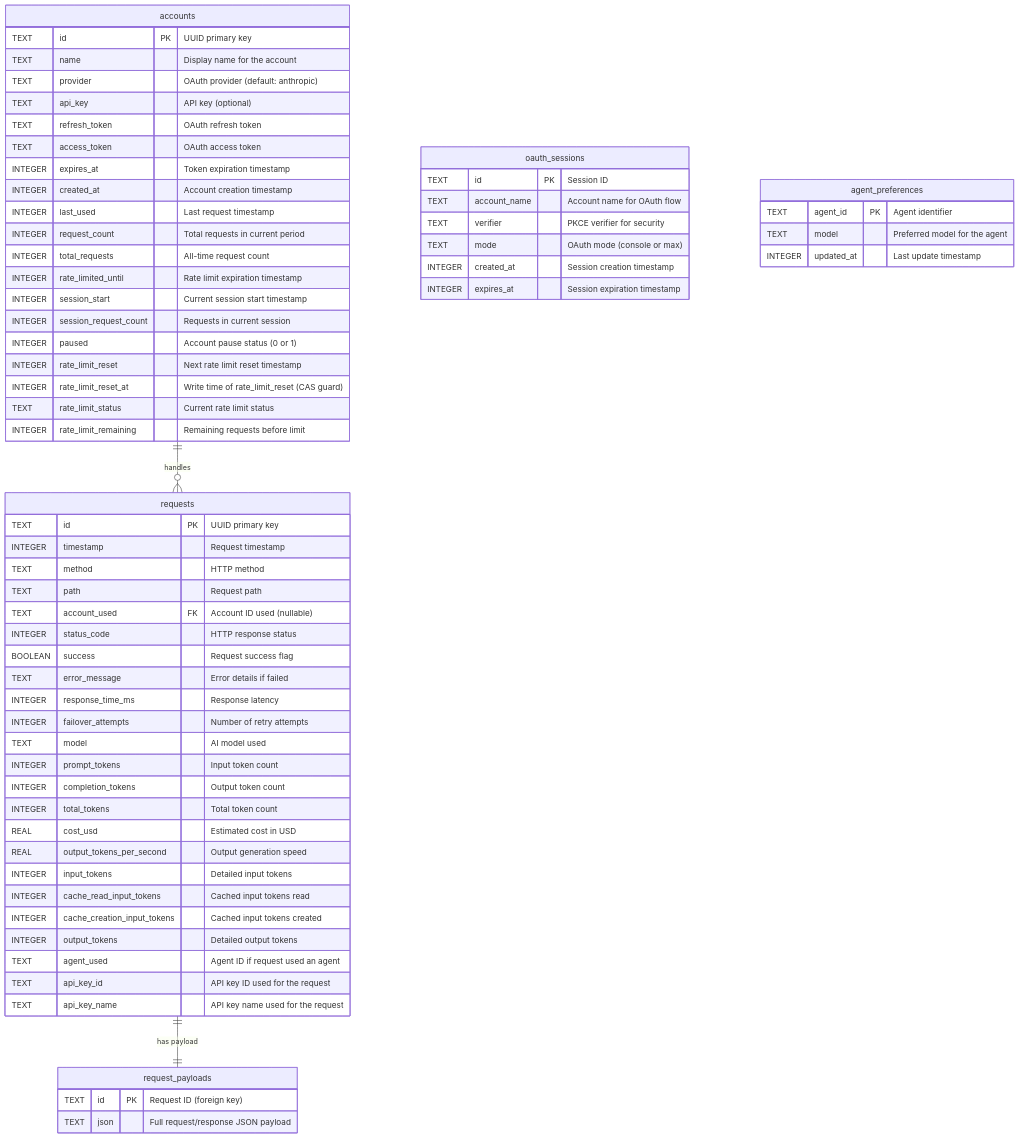
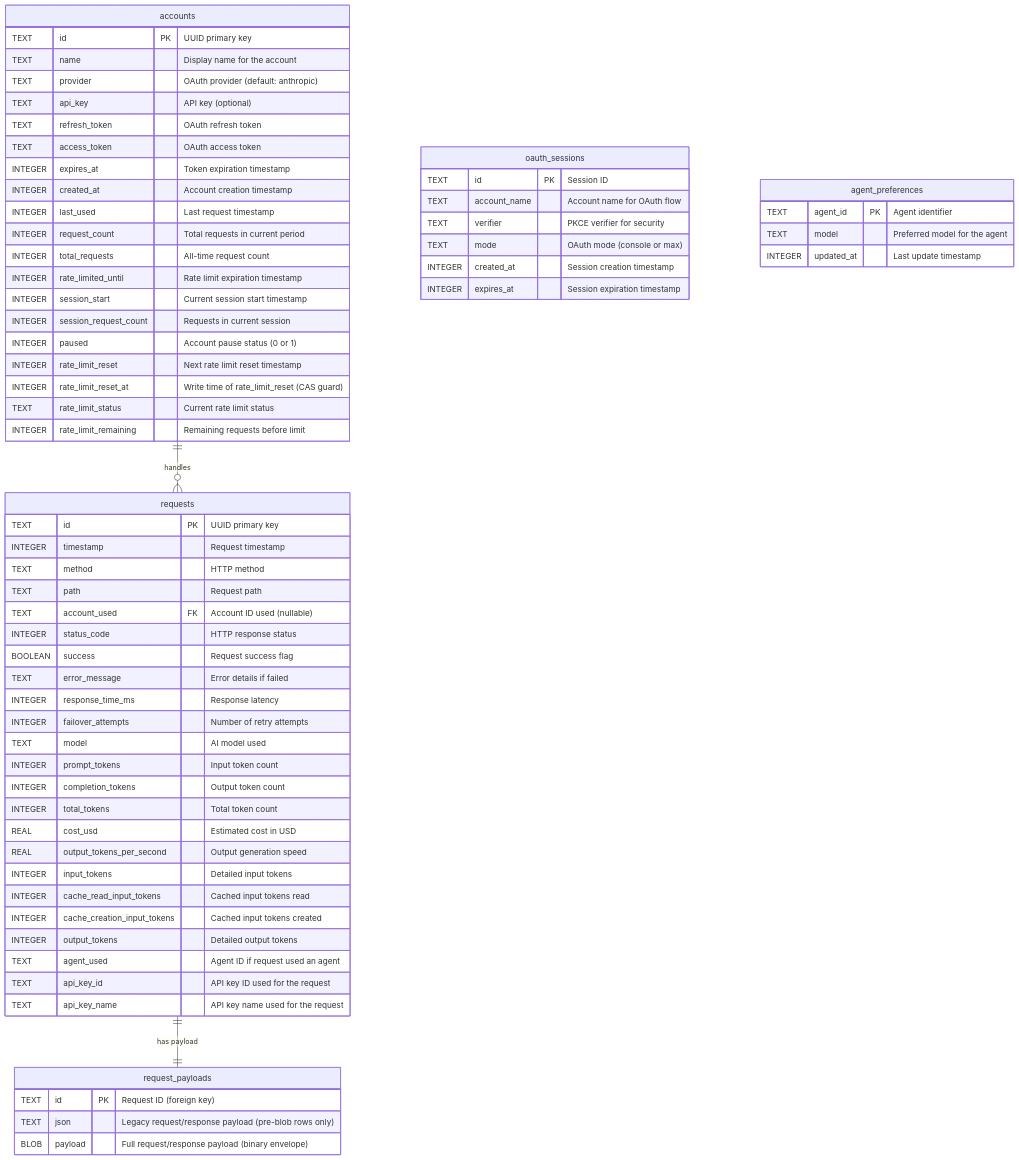
Before and after one commit to tombii/better-ccflare: the diagram in docs/database.md, drawn with Mermaid. The commit also changed other lines of this file and 12 other files, not shown here.

````diff
--- a/docs/database.md
+++ b/docs/database.md
@@ -33,73 +33,74 @@
 ```mermaid
 erDiagram
     accounts {
         TEXT id PK "UUID primary key"
         TEXT name "Display name for the account"
         TEXT provider "OAuth provider (default: anthropic)"
         TEXT api_key "API key (optional)"
         TEXT refresh_token "OAuth refresh token"
         TEXT access_token "OAuth access token"
         INTEGER expires_at "Token expiration timestamp"
         INTEGER created_at "Account creation timestamp"
         INTEGER last_used "Last request timestamp"
         INTEGER request_count "Total requests in current period"
         INTEGER total_requests "All-time request count"
         INTEGER rate_limited_until "Rate limit expiration timestamp"
         INTEGER session_start "Current session start timestamp"
         INTEGER session_request_count "Requests in current session"
         INTEGER paused "Account pause status (0 or 1)"
         INTEGER rate_limit_reset "Next rate limit reset timestamp"
         INTEGER rate_limit_reset_at "Write time of rate_limit_reset (CAS guard)"
         TEXT rate_limit_status "Current rate limit status"
         INTEGER rate_limit_remaining "Remaining requests before limit"
     }
     
     requests {
         TEXT id PK "UUID primary key"
         INTEGER timestamp "Request timestamp"
         TEXT method "HTTP method"
         TEXT path "Request path"
         TEXT account_used FK "Account ID used (nullable)"
         INTEGER status_code "HTTP response status"
         BOOLEAN success "Request success flag"
         TEXT error_message "Error details if failed"
         INTEGER response_time_ms "Response latency"
         INTEGER failover_attempts "Number of retry attempts"
         TEXT model "AI model used"
         INTEGER prompt_tokens "Input token count"
         INTEGER completion_tokens "Output token count"
         INTEGER total_tokens "Total token count"
         REAL cost_usd "Estimated cost in USD"
         REAL output_tokens_per_second "Output generation speed"
         INTEGER input_tokens "Detailed input tokens"
         INTEGER cache_read_input_tokens "Cached input tokens read"
         INTEGER cache_creation_input_tokens "Cached input tokens created"
         INTEGER output_tokens "Detailed output tokens"
         TEXT agent_used "Agent ID if request used an agent"
         TEXT api_key_id "API key ID used for the request"
         TEXT api_key_name "API key name used for the request"
     }
     
     request_payloads {
         TEXT id PK "Request ID (foreign key)"
-        TEXT json "Full request/response JSON payload"
+        TEXT json "Legacy request/response payload (pre-blob rows only)"
+        BLOB payload "Full request/response payload (binary envelope)"
     }
     
     oauth_sessions {
         TEXT id PK "Session ID"
         TEXT account_name "Account name for OAuth flow"
         TEXT verifier "PKCE verifier for security"
         TEXT mode "OAuth mode (console or max)"
         INTEGER created_at "Session creation timestamp"
         INTEGER expires_at "Session expiration timestamp"
     }
     
     agent_preferences {
         TEXT agent_id PK "Agent identifier"
         TEXT model "Preferred model for the agent"
         INTEGER updated_at "Last update timestamp"
     }
     
     accounts ||--o{ requests : "handles"
     requests ||--|| request_payloads : "has payload"
 ```
````
